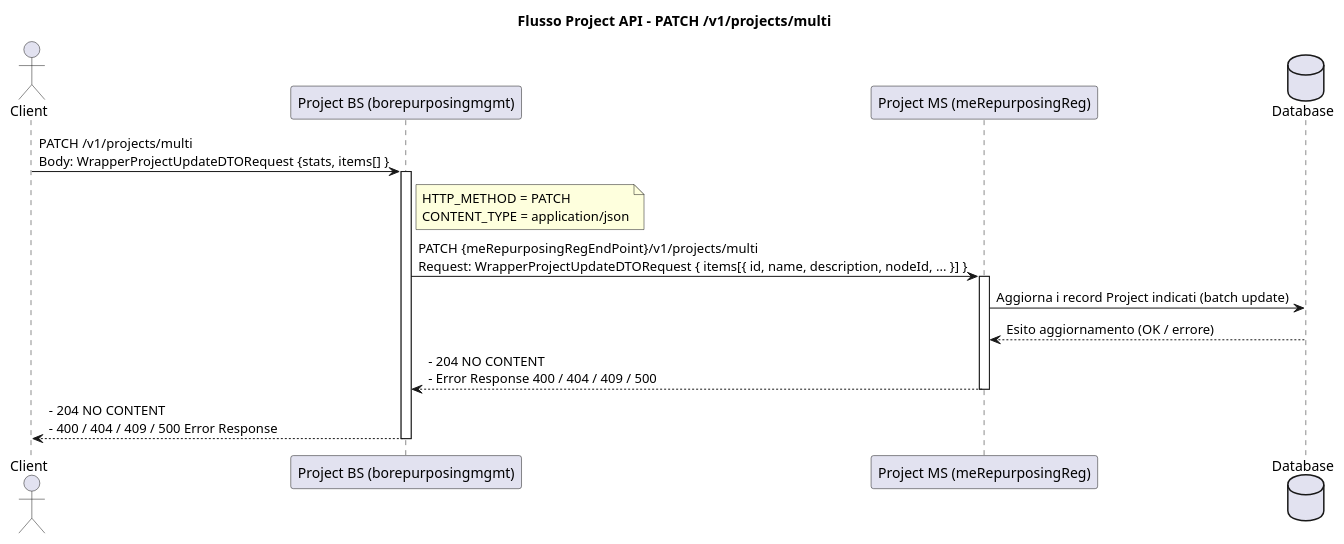
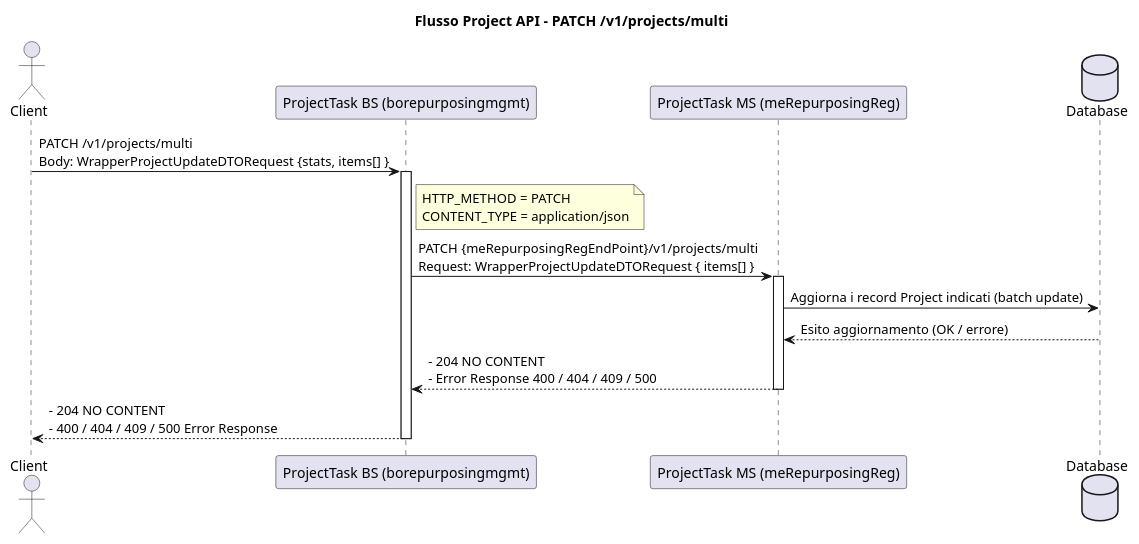
The diagram in Documentazione/ProjectTask/snippets/post_v1_projects_multi.puml (Tonio-D-San/DocxFromPumlAndMd), drawn with PlantUML before and after one commit. The commit also changed 5 other files, not shown here.

Commit message:
feat: update UML diagrams for Project API flows to reflect changes in participant names

```diff
--- a/Documentazione/ProjectTask/snippets/post_v1_projects_multi.puml
+++ b/Documentazione/ProjectTask/snippets/post_v1_projects_multi.puml
@@ -1,28 +1,28 @@
 @startuml
 title Flusso Project API - PATCH /v1/projects/multi
 
 actor Client as C
-participant "Project BS (borepurposingmgmt)" as BS
-participant "Project MS (meRepurposingReg)" as MS
+participant "ProjectTask BS (borepurposingmgmt)" as BS
+participant "ProjectTask MS (meRepurposingReg)" as MS
 database "Database" as DB
 
 C -> BS : PATCH /v1/projects/multi\nBody: WrapperProjectUpdateDTORequest {stats, items[] }
 activate BS
 
 note right of BS
 HTTP_METHOD = PATCH
 CONTENT_TYPE = application/json
 end note
 
-BS -> MS : PATCH {meRepurposingRegEndPoint}/v1/projects/multi \nRequest: WrapperProjectUpdateDTORequest { items[{ id, name, description, nodeId, ... }] }
+BS -> MS : PATCH {meRepurposingRegEndPoint}/v1/projects/multi \nRequest: WrapperProjectUpdateDTORequest { items[] }
 activate MS
 
 MS -> DB : Aggiorna i record Project indicati (batch update)
 DB --> MS : Esito aggiornamento (OK / errore)
 MS --> BS : - 204 NO CONTENT \n- Error Response 400 / 404 / 409 / 500
 deactivate MS
 
 BS --> C : - 204 NO CONTENT \n- 400 / 404 / 409 / 500 Error Response
 deactivate BS
 
 @enduml
```
